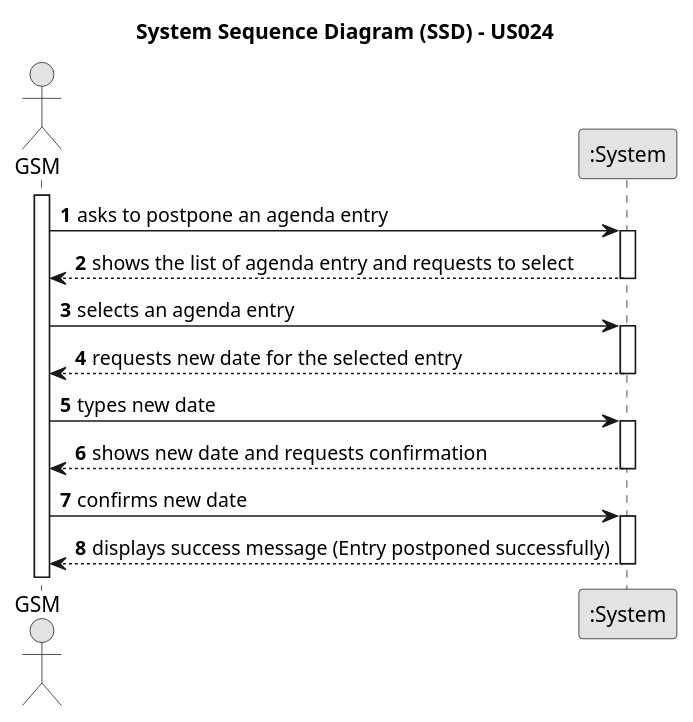
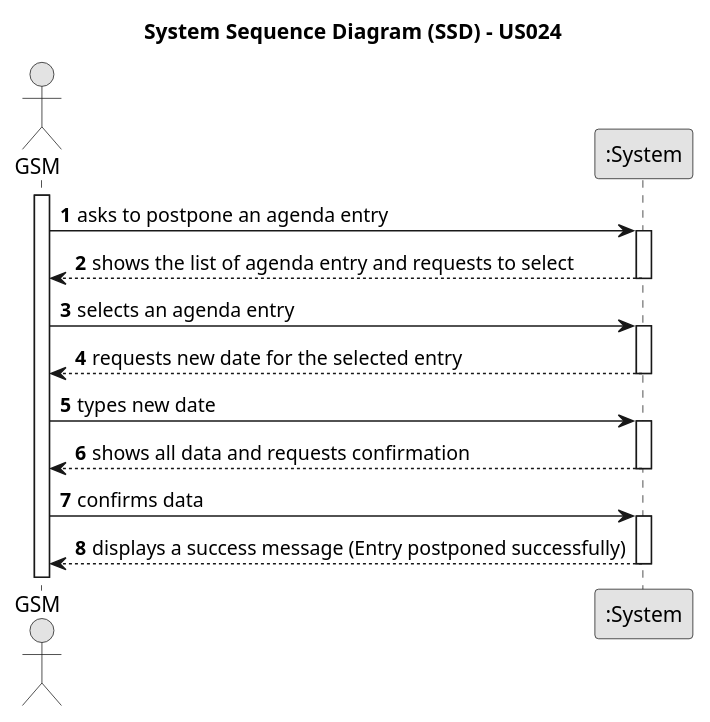
One commit to ricardomm7/leaflink changed the diagram in docs/sprintC/us024/01.requirements-engineering/puml/us024-system-sequence-diagram-alternative-one.puml. Above: the diagram before and after it, drawn with PlantUML. The commit also changed 23 other files, not shown here.

```diff
--- a/docs/sprintC/us024/01.requirements-engineering/puml/us024-system-sequence-diagram-alternative-one.puml
+++ b/docs/sprintC/us024/01.requirements-engineering/puml/us024-system-sequence-diagram-alternative-one.puml
@@ -1,41 +1,41 @@
 @startuml
 skinparam monochrome true
 skinparam packageStyle rectangle
 skinparam shadowing false
 
 title System Sequence Diagram (SSD) - US024
 
 autonumber
 
 actor "GSM" as GSM
 participant ":System" as System
 
 activate GSM
 
     GSM -> System : asks to postpone an agenda entry
     activate System
 
         System --> GSM : shows the list of agenda entry and requests to select
     deactivate System
 
     GSM -> System : selects an agenda entry
 
     activate System
 
         System --> GSM : requests new date for the selected entry
     deactivate System
 
     GSM -> System : types new date
 
     activate System
 
-        System --> GSM : shows new date and requests confirmation
+        System --> GSM : shows all data and requests confirmation
     deactivate System
 
-    GSM -> System : confirms new date
+    GSM -> System : confirms data
     activate System
 
-        System --> GSM : displays success message (Entry postponed successfully)
+        System --> GSM : displays a success message (Entry postponed successfully)
     deactivate System
 
 @enduml
```
